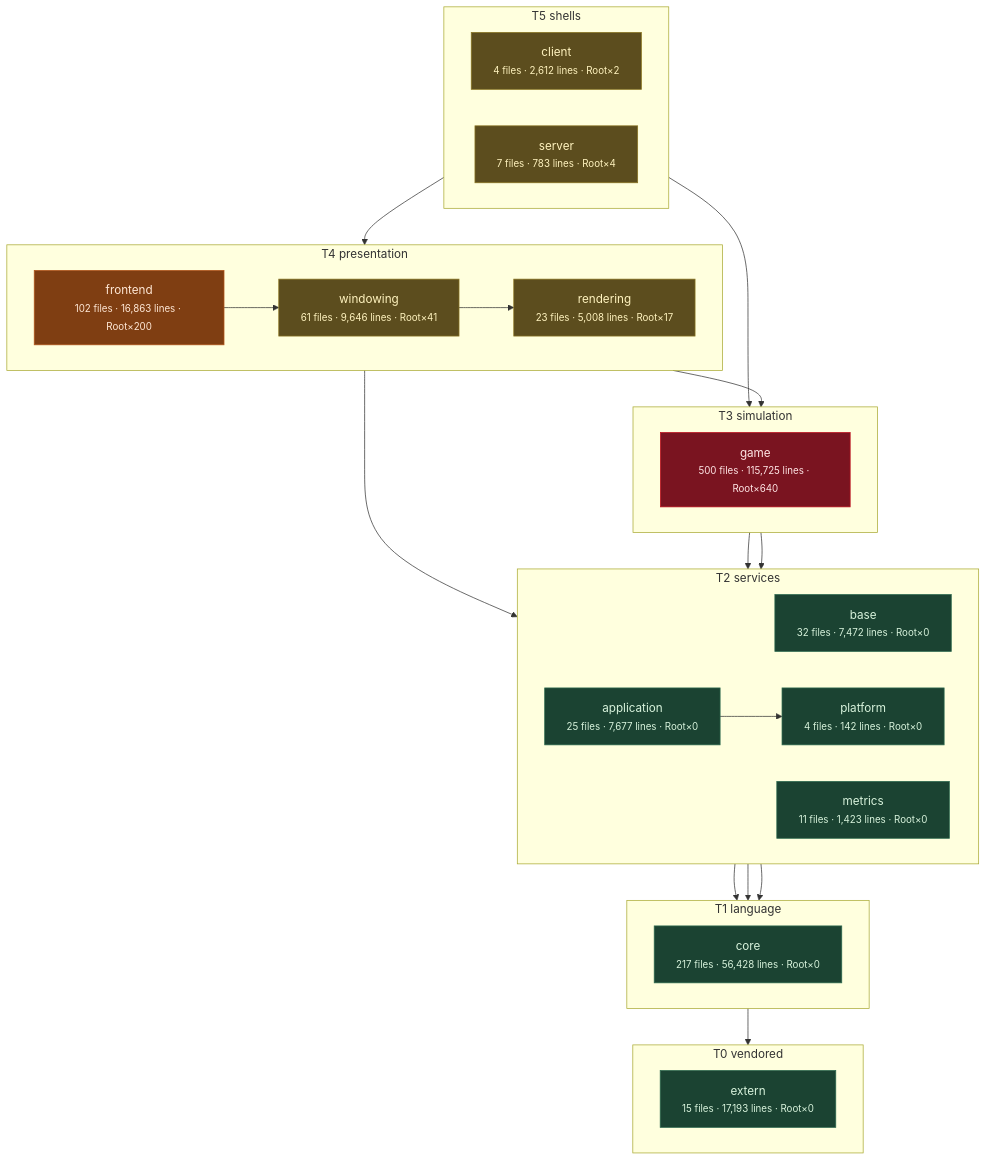
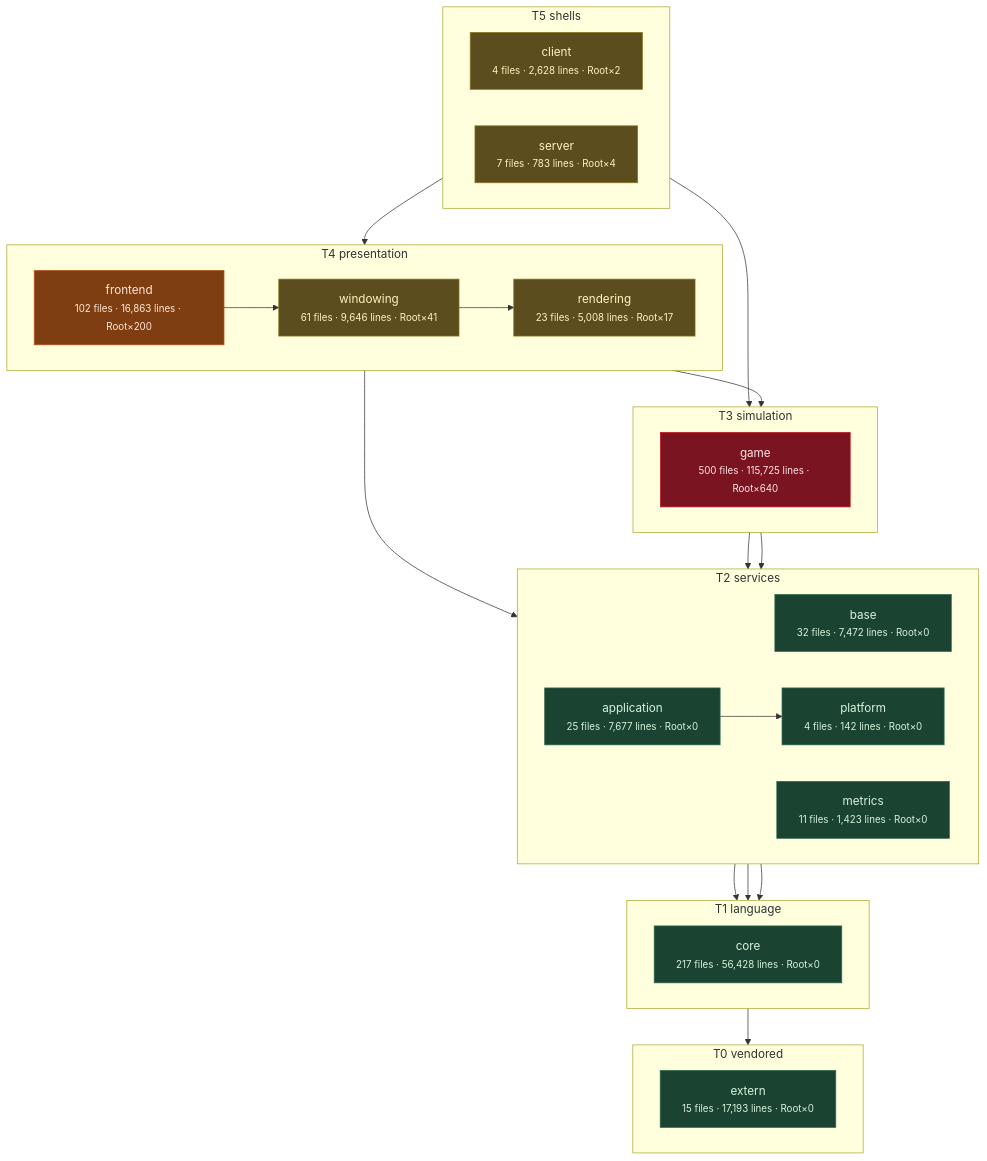
Before and after one commit to apnex/OpenStarbound: the third of 11 diagrams in docs/architecture/system-boundaries.md, drawn with Mermaid. The commit also changed other lines of this file and 3 other files, not shown here.

````diff
--- a/docs/architecture/system-boundaries.md
+++ b/docs/architecture/system-boundaries.md
@@ -271,54 +271,54 @@
 ```mermaid
 flowchart TD
   subgraph T0["T0 vendored"]
     direction LR
     extern["extern<br/><small>15 files · 17,193 lines · Root×0</small>"]
   end
   subgraph T1["T1 language"]
     direction LR
     core["core<br/><small>217 files · 56,428 lines · Root×0</small>"]
   end
   subgraph T2["T2 services"]
     direction LR
     base["base<br/><small>32 files · 7,472 lines · Root×0</small>"]
     metrics["metrics<br/><small>11 files · 1,423 lines · Root×0</small>"]
     platform["platform<br/><small>4 files · 142 lines · Root×0</small>"]
     application["application<br/><small>25 files · 7,677 lines · Root×0</small>"]
   end
   subgraph T3["T3 simulation"]
     direction LR
     game["game<br/><small>500 files · 115,725 lines · Root×640</small>"]
   end
   subgraph T4["T4 presentation"]
     direction LR
     rendering["rendering<br/><small>23 files · 5,008 lines · Root×17</small>"]
     windowing["windowing<br/><small>61 files · 9,646 lines · Root×41</small>"]
     frontend["frontend<br/><small>102 files · 16,863 lines · Root×200</small>"]
   end
   subgraph T5["T5 shells"]
     direction LR
-    client["client<br/><small>4 files · 2,612 lines · Root×2</small>"]
+    client["client<br/><small>4 files · 2,628 lines · Root×2</small>"]
     server["server<br/><small>7 files · 783 lines · Root×4</small>"]
   end
   core --> extern
   base --> core
   metrics --> core
   platform --> core
   application --> platform
   game --> base
   game --> platform
   rendering --> application
   rendering --> game
   windowing --> rendering
   frontend --> windowing
   client --> frontend
   server --> game
   classDef clean fill:#1b4332,stroke:#2d6a4f,color:#d8f3dc
   classDef warm  fill:#5c4d1e,stroke:#8a7420,color:#fff3bf
   classDef hot   fill:#7f3e12,stroke:#b5561b,color:#ffe8d6
   classDef blaze fill:#7a1420,stroke:#c1121f,color:#ffe5e5
   class extern,core,base,metrics,platform,application clean
   class rendering,windowing,client,server warm
   class frontend hot
   class game blaze
 ```
````
